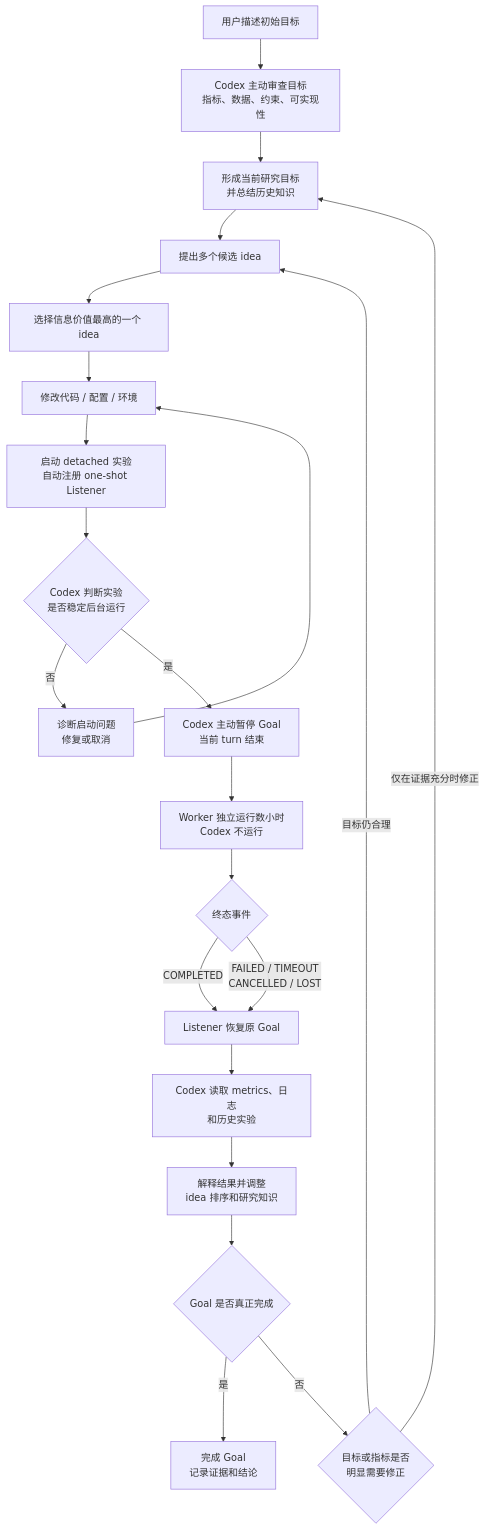
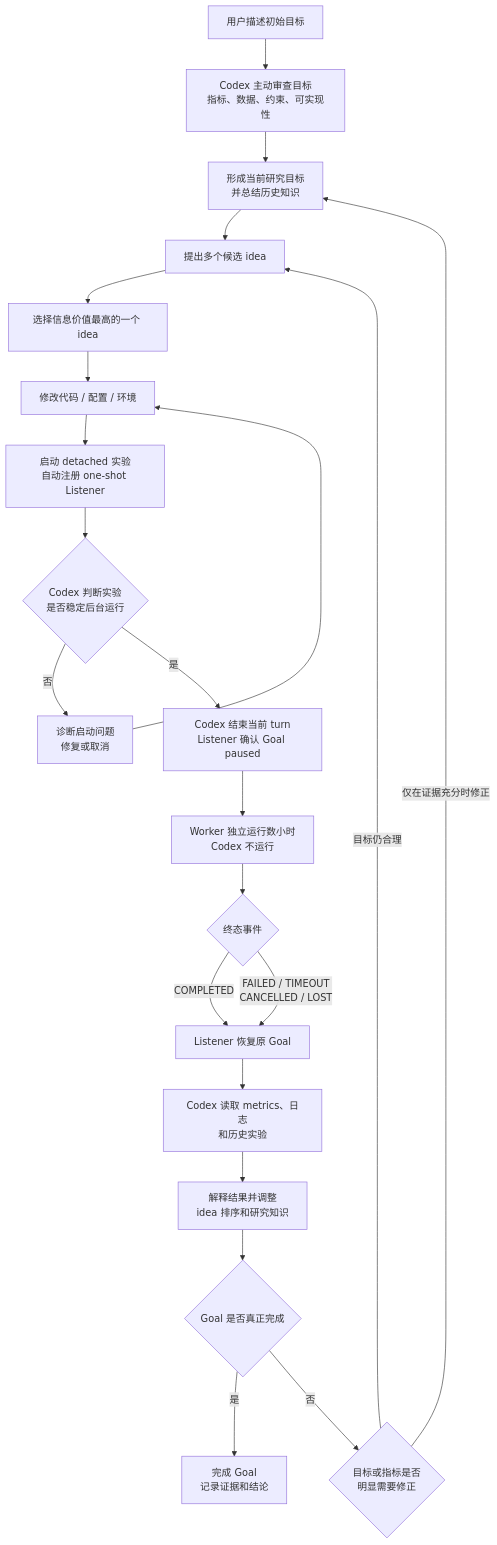
The second of 4 diagrams in docs/CODEX_AUTO_RESEARCH_AGENT_DESIGN.md (dollarser/codex-auto-research), drawn with Mermaid before and after one commit. The commit also changed other lines of this file and 21 other files, not shown here.

````diff
--- a/docs/CODEX_AUTO_RESEARCH_AGENT_DESIGN.md
+++ b/docs/CODEX_AUTO_RESEARCH_AGENT_DESIGN.md
@@ -73,24 +113,24 @@
 ```mermaid
 flowchart TD
     A["用户描述初始目标"] --> B["Codex 主动审查目标<br/>指标、数据、约束、可实现性"]
     B --> C["形成当前研究目标<br/>并总结历史知识"]
     C --> D["提出多个候选 idea"]
     D --> E["选择信息价值最高的一个 idea"]
     E --> F["修改代码 / 配置 / 环境"]
     F --> G["启动 detached 实验<br/>自动注册 one-shot Listener"]
     G --> H{"Codex 判断实验<br/>是否稳定后台运行"}
     H -->|"否"| I["诊断启动问题<br/>修复或取消"]
     I --> F
-    H -->|"是"| J["Codex 主动暂停 Goal<br/>当前 turn 结束"]
+    H -->|"是"| J["Codex 结束当前 turn<br/>Listener 确认 Goal paused"]
     J --> K["Worker 独立运行数小时<br/>Codex 不运行"]
     K --> L{"终态事件"}
     L -->|"COMPLETED"| M["Listener 恢复原 Goal"]
     L -->|"FAILED / TIMEOUT<br/>CANCELLED / LOST"| M
     M --> N["Codex 读取 metrics、日志<br/>和历史实验"]
     N --> O["解释结果并调整<br/>idea 排序和研究知识"]
     O --> P{"Goal 是否真正完成"}
     P -->|"是"| Q["完成 Goal<br/>记录证据和结论"]
     P -->|"否"| R{"目标或指标是否<br/>明显需要修正"}
     R -->|"仅在证据充分时修正"| C
     R -->|"目标仍合理"| D
 ```
````
